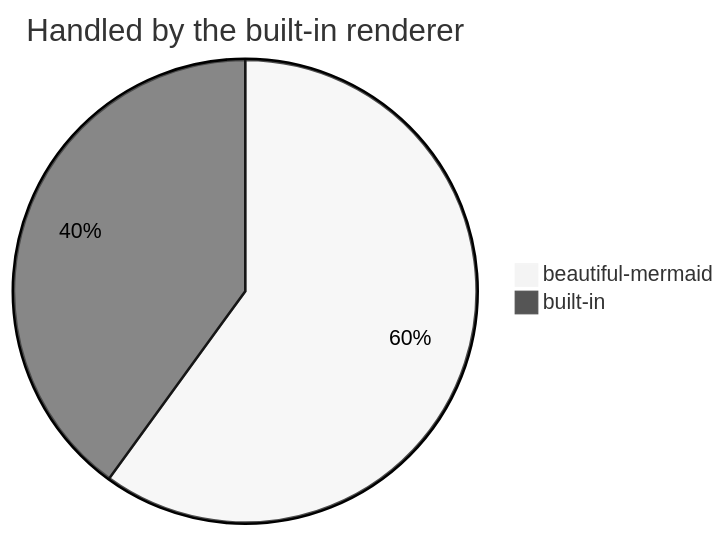
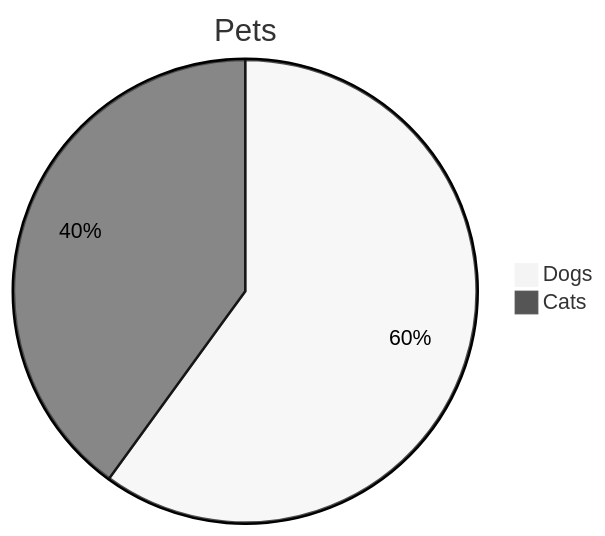
The third of 6 diagrams in test/fixtures/preview-sample.md (HeavenSky/markdown-preview-toolkit), drawn with Mermaid (neutral theme) before and after one commit. The commit also changed other lines of this file and 29 other files, not shown here.

First line of the commit message:
feat: v0.0.2 mermaid 交还内置渲染, 新增 callout, 下标与定义列表

````diff
--- a/test/fixtures/preview-sample.md
+++ b/test/fixtures/preview-sample.md
@@ -47,5 +50,5 @@
 ```mermaid
-pie title Handled by the built-in renderer
-  "beautiful-mermaid" : 6
-  "built-in" : 4
+pie title Pets
+  "Dogs" : 6
+  "Cats" : 4
 ```
````
